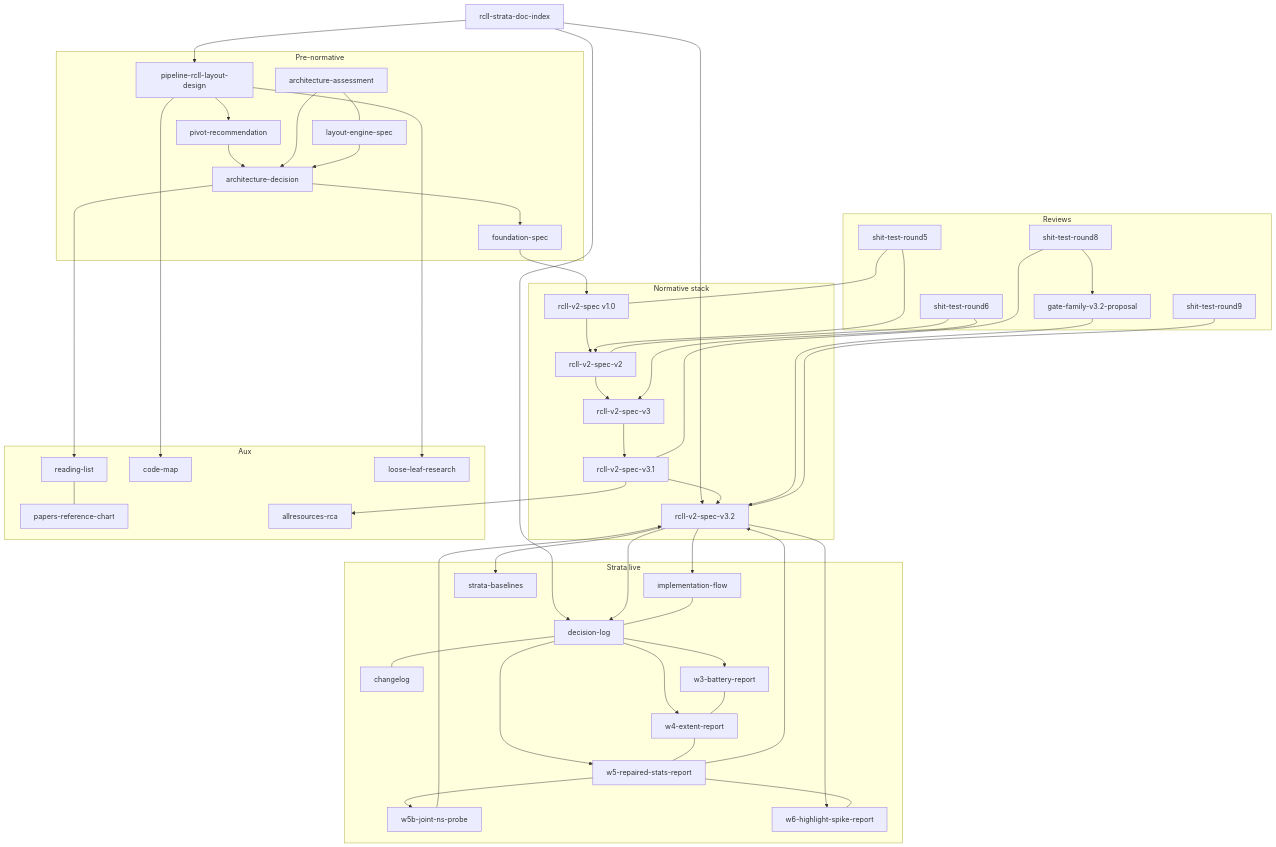
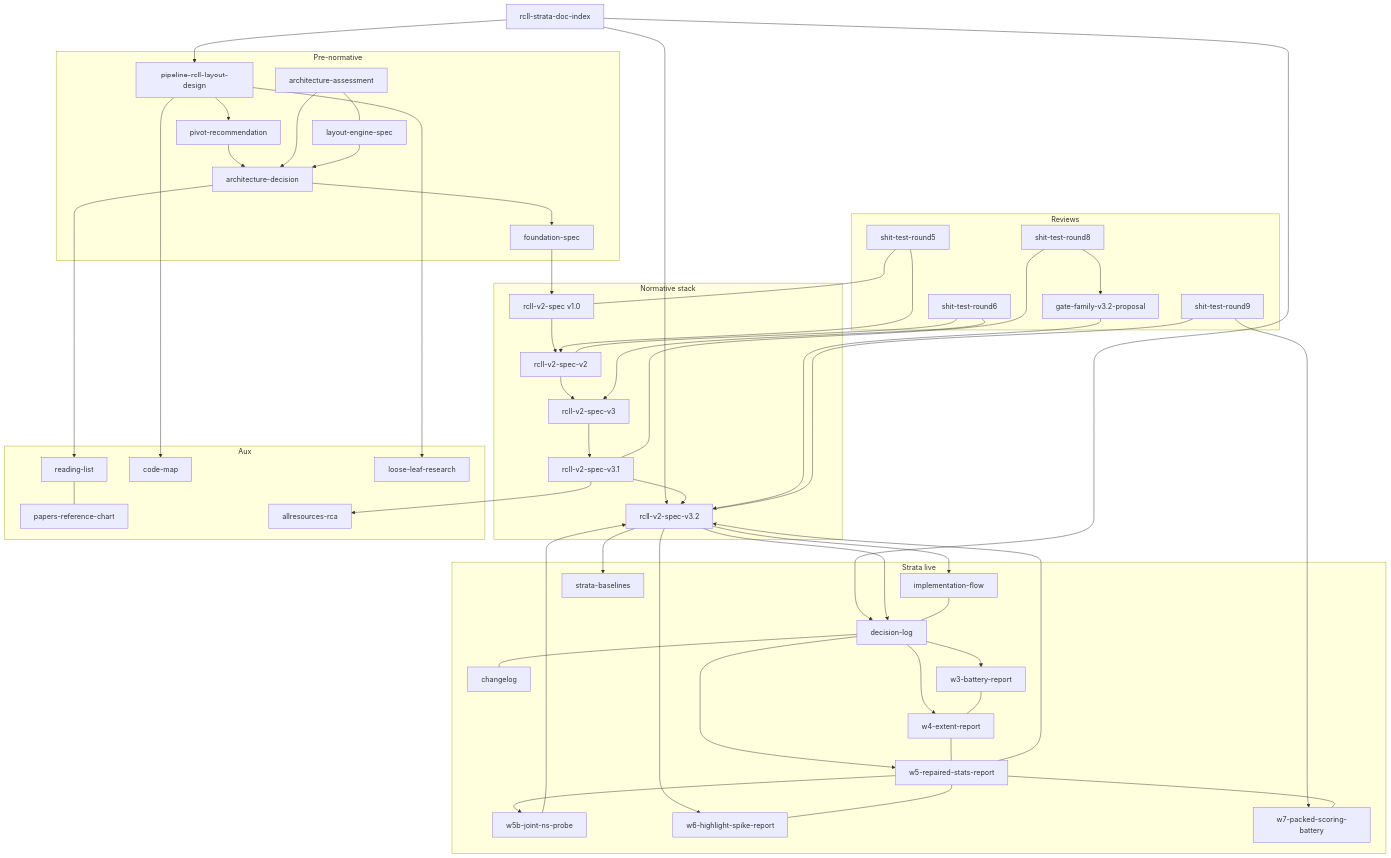
The diagram in docs/rcll-strata-doc-index.md (TusharSariya/excalidraw-tf), drawn with Mermaid before and after one commit. The commit also changed other lines of this file and 4 other files, not shown here.

First line of the commit message:
feat(terraform): W7 packed-scoring acceptance battery (SDEC-58)

```diff
--- a/docs/rcll-strata-doc-index.md
+++ b/docs/rcll-strata-doc-index.md
@@ -129,6 +130,7 @@
     W5[w5-repaired-stats-report]
     W5b[w5b-joint-ns-probe]
     W6[w6-highlight-spike-report]
+    W7[w7-packed-scoring-battery]
     Base[strata-baselines]
   end
 
@@ -176,6 +178,8 @@
   W5 --> W5b
   V32 --> W6
   W5 --- W6
+  R9 --> W7
+  W5 --- W7
   W3 --- W4
   W4 --- W5
   V32 --> Base
```
